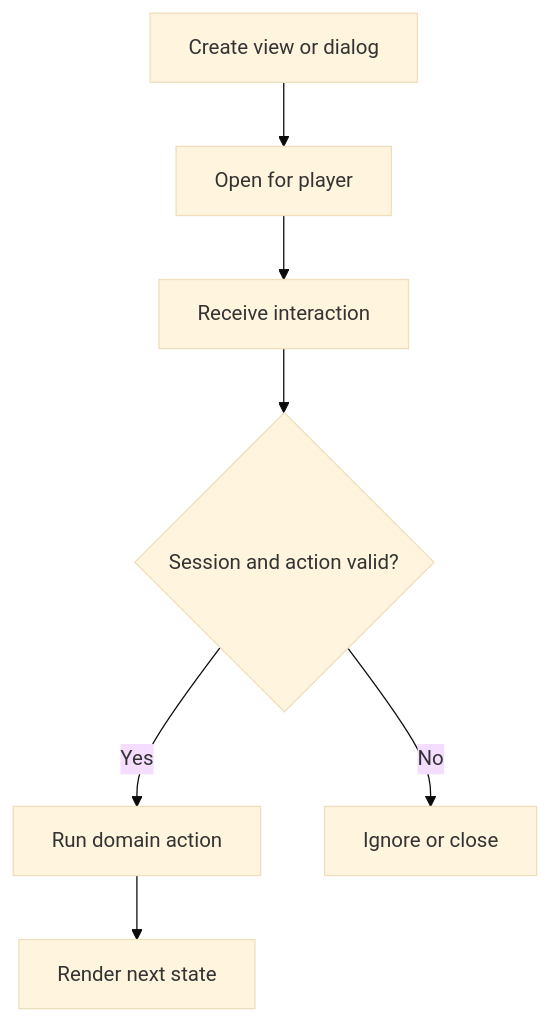
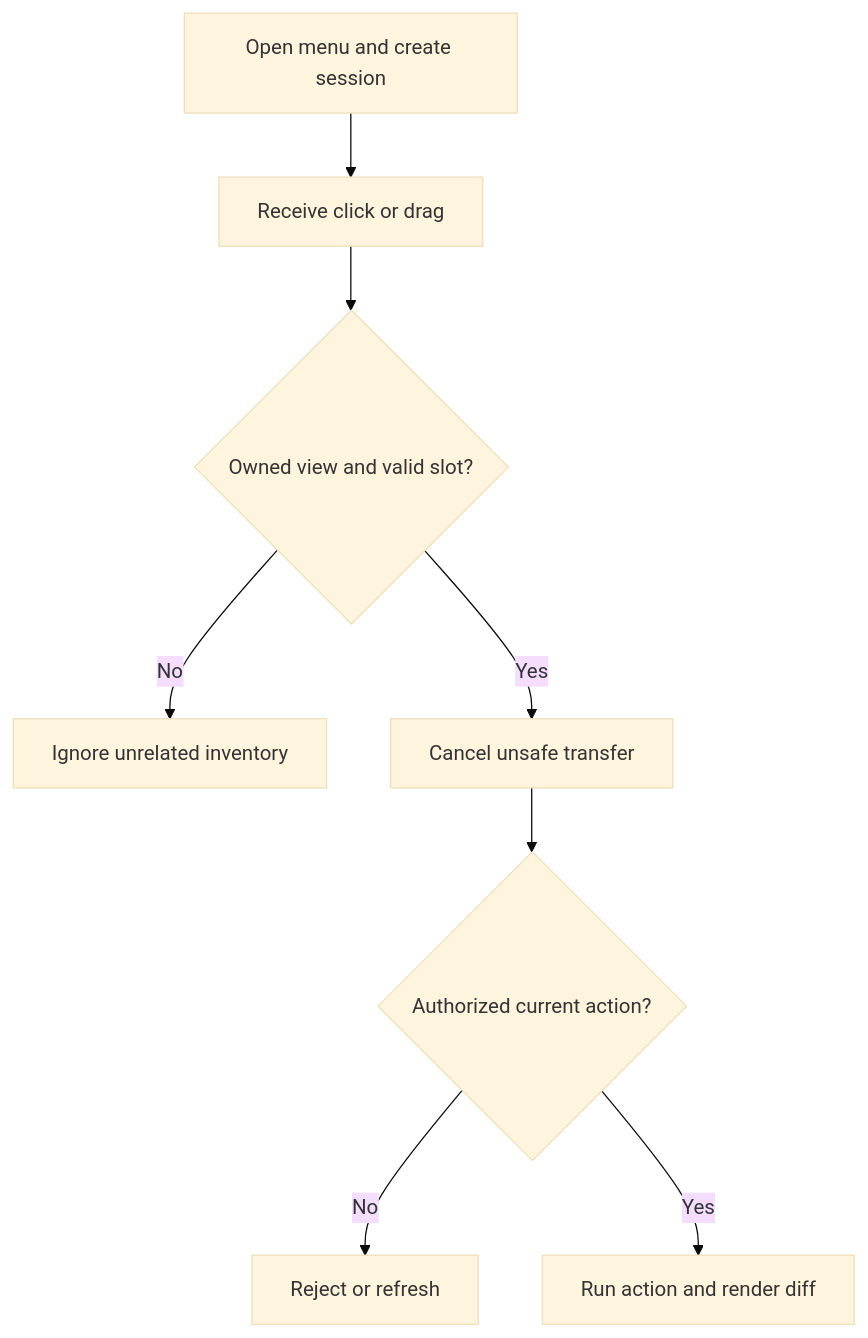
Before and after one commit to rwov/bukkit-docs: the diagram in gameplay/gui-menus.mdx, drawn with Mermaid (base theme). The commit also changed other lines of this file and 104 other files, not shown here.

````diff
--- a/gameplay/gui-menus.mdx
+++ b/gameplay/gui-menus.mdx
@@ -18,9 +34,10 @@
 ```mermaid
 flowchart TD
-  A["Create view or dialog"] --> B["Open for player"]
-  B --> C["Receive interaction"]
-  C --> D{"Session and action valid?"}
-  D -->|Yes| E["Run domain action"]
-  D -->|No| F["Ignore or close"]
-  E --> G["Render next state"]
+  A["Open menu and create session"] --> B["Receive click or drag"]
+  B --> C{"Owned view and valid slot?"}
+  C -->|No| D["Ignore unrelated inventory"]
+  C -->|Yes| E["Cancel unsafe transfer"]
+  E --> F{"Authorized current action?"}
+  F -->|No| G["Reject or refresh"]
+  F -->|Yes| H["Run action and render diff"]
 ```
````
